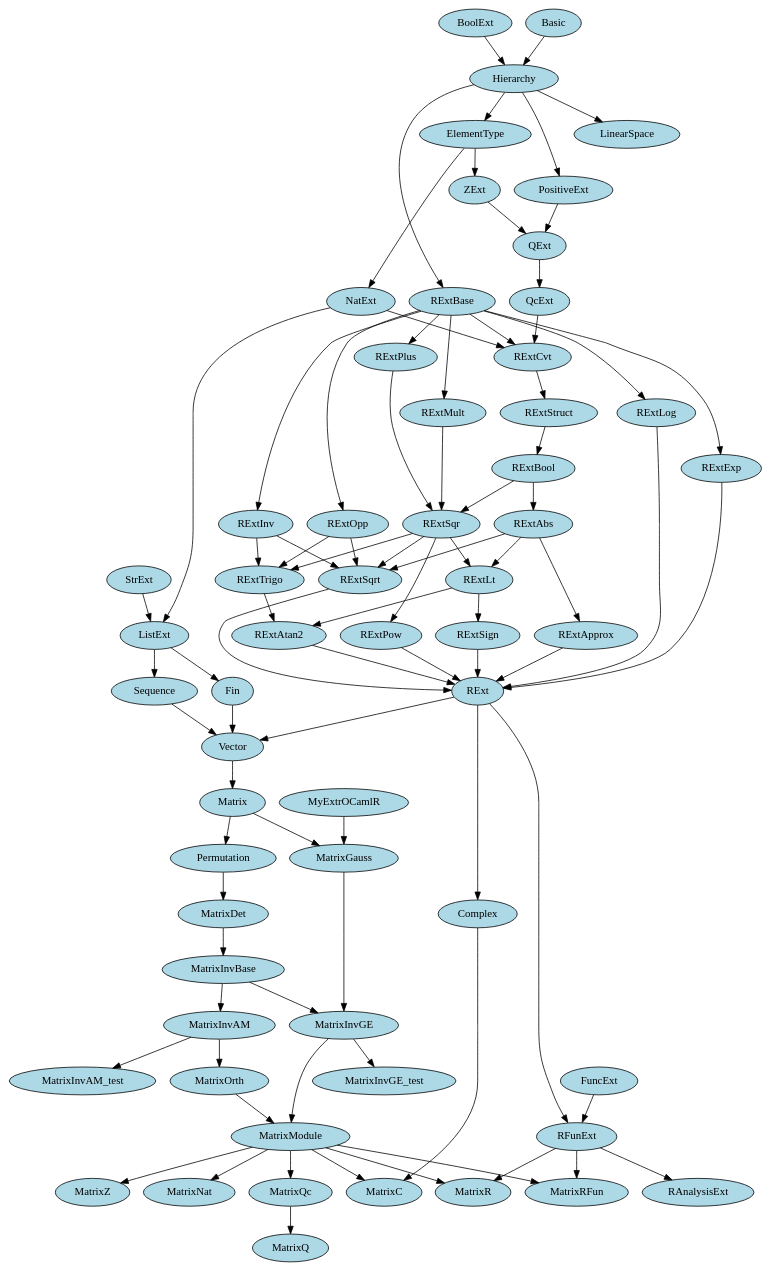
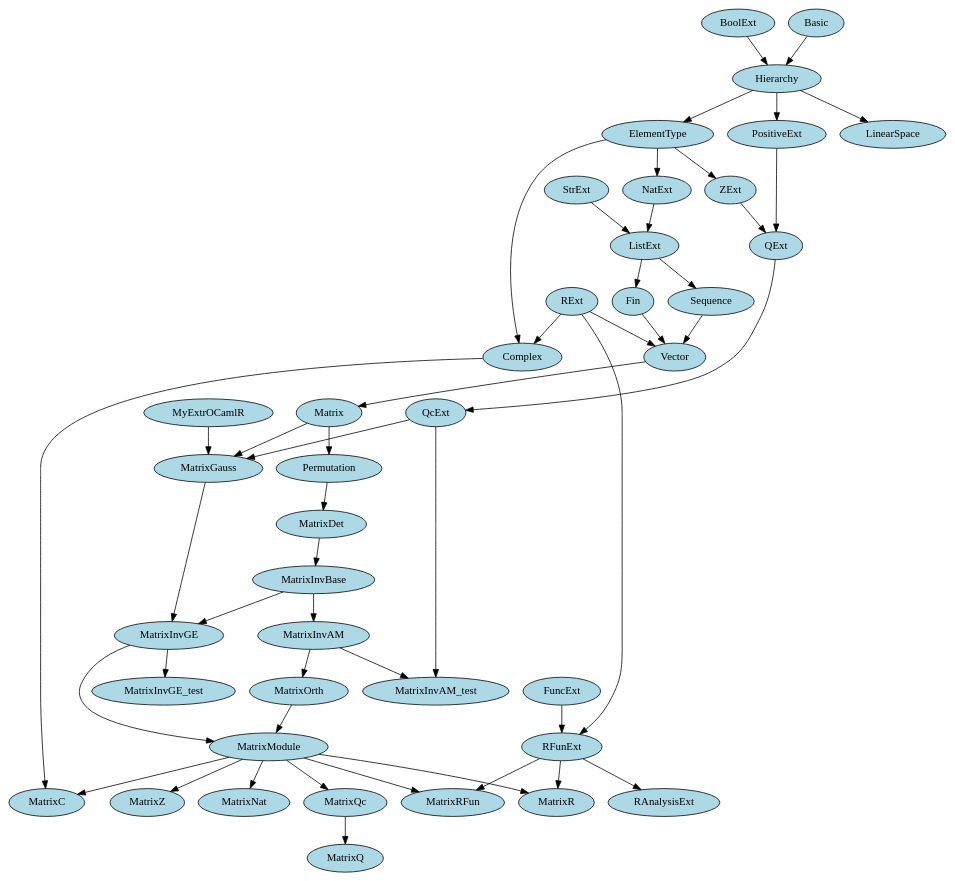
The diagram in projects/FinMatrix/v1.2/dep_graph.dot (zhengpushi/zhengpushi.github.io), drawn with Graphviz before and after one commit. The commit also changed 3 other files, not shown here.

```diff
--- a/projects/FinMatrix/v1.2/dep_graph.dot
+++ b/projects/FinMatrix/v1.2/dep_graph.dot
@@ -83,63 +83,6 @@
 "FinMatrix.CoqExt.RExt"[label="RExt"
 	, style=filled, fillcolor=lightblue 
 	, URL="FinMatrix.CoqExt.RExt.html"]
-"FinMatrix.CoqExt.RExt.RExtAtan2"[label="RExtAtan2"
-	, style=filled, fillcolor=lightblue 
-	, URL="FinMatrix.CoqExt.RExt.RExtAtan2.html"]
-"FinMatrix.CoqExt.RExt.RExtTrigo"[label="RExtTrigo"
-	, style=filled, fillcolor=lightblue 
-	, URL="FinMatrix.CoqExt.RExt.RExtTrigo.html"]
-"FinMatrix.CoqExt.RExt.RExtApprox"[label="RExtApprox"
-	, style=filled, fillcolor=lightblue 
-	, URL="FinMatrix.CoqExt.RExt.RExtApprox.html"]
-"FinMatrix.CoqExt.RExt.RExtLog"[label="RExtLog"
-	, style=filled, fillcolor=lightblue 
-	, URL="FinMatrix.CoqExt.RExt.RExtLog.html"]
-"FinMatrix.CoqExt.RExt.RExtExp"[label="RExtExp"
-	, style=filled, fillcolor=lightblue 
-	, URL="FinMatrix.CoqExt.RExt.RExtExp.html"]
-"FinMatrix.CoqExt.RExt.RExtSign"[label="RExtSign"
-	, style=filled, fillcolor=lightblue 
-	, URL="FinMatrix.CoqExt.RExt.RExtSign.html"]
-"FinMatrix.CoqExt.RExt.RExtAbs"[label="RExtAbs"
-	, style=filled, fillcolor=lightblue 
-	, URL="FinMatrix.CoqExt.RExt.RExtAbs.html"]
-"FinMatrix.CoqExt.RExt.RExtSqrt"[label="RExtSqrt"
-	, style=filled, fillcolor=lightblue 
-	, URL="FinMatrix.CoqExt.RExt.RExtSqrt.html"]
-"FinMatrix.CoqExt.RExt.RExtSqr"[label="RExtSqr"
-	, style=filled, fillcolor=lightblue 
-	, URL="FinMatrix.CoqExt.RExt.RExtSqr.html"]
-"FinMatrix.CoqExt.RExt.RExtInv"[label="RExtInv"
-	, style=filled, fillcolor=lightblue 
-	, URL="FinMatrix.CoqExt.RExt.RExtInv.html"]
-"FinMatrix.CoqExt.RExt.RExtPow"[label="RExtPow"
-	, style=filled, fillcolor=lightblue 
-	, URL="FinMatrix.CoqExt.RExt.RExtPow.html"]
-"FinMatrix.CoqExt.RExt.RExtMult"[label="RExtMult"
-	, style=filled, fillcolor=lightblue 
-	, URL="FinMatrix.CoqExt.RExt.RExtMult.html"]
-"FinMatrix.CoqExt.RExt.RExtOpp"[label="RExtOpp"
-	, style=filled, fillcolor=lightblue 
-	, URL="FinMatrix.CoqExt.RExt.RExtOpp.html"]
-"FinMatrix.CoqExt.RExt.RExtPlus"[label="RExtPlus"
-	, style=filled, fillcolor=lightblue 
-	, URL="FinMatrix.CoqExt.RExt.RExtPlus.html"]
-"FinMatrix.CoqExt.RExt.RExtLt"[label="RExtLt"
-	, style=filled, fillcolor=lightblue 
-	, URL="FinMatrix.CoqExt.RExt.RExtLt.html"]
-"FinMatrix.CoqExt.RExt.RExtBool"[label="RExtBool"
-	, style=filled, fillcolor=lightblue 
-	, URL="FinMatrix.CoqExt.RExt.RExtBool.html"]
-"FinMatrix.CoqExt.RExt.RExtStruct"[label="RExtStruct"
-	, style=filled, fillcolor=lightblue 
-	, URL="FinMatrix.CoqExt.RExt.RExtStruct.html"]
-"FinMatrix.CoqExt.RExt.RExtCvt"[label="RExtCvt"
-	, style=filled, fillcolor=lightblue 
-	, URL="FinMatrix.CoqExt.RExt.RExtCvt.html"]
-"FinMatrix.CoqExt.RExt.RExtBase"[label="RExtBase"
-	, style=filled, fillcolor=lightblue 
-	, URL="FinMatrix.CoqExt.RExt.RExtBase.html"]
 "FinMatrix.CoqExt.QcExt"[label="QcExt"
 	, style=filled, fillcolor=lightblue 
 	, URL="FinMatrix.CoqExt.QcExt.html"]
@@ -174,6 +117,7 @@
 	, style=filled, fillcolor=lightblue 
 	, URL="FinMatrix.CoqExt.Basic.html"]
 "FinMatrix.CoqExt.RExt" -> "FinMatrix.CoqExt.Complex"
+"FinMatrix.Matrix.ElementType" -> "FinMatrix.CoqExt.Complex"
 "FinMatrix.CoqExt.Basic" -> "FinMatrix.CoqExt.Hierarchy"
 "FinMatrix.CoqExt.BoolExt" -> "FinMatrix.CoqExt.Hierarchy"
 "FinMatrix.CoqExt.Hierarchy" -> "FinMatrix.CoqExt.LinearSpace"
@@ -185,43 +129,6 @@
 "FinMatrix.CoqExt.ZExt" -> "FinMatrix.CoqExt.QExt"
 "FinMatrix.CoqExt.QExt" -> "FinMatrix.CoqExt.QcExt"
 "FinMatrix.CoqExt.RFunExt" -> "FinMatrix.CoqExt.RAnalysisExt"
-"FinMatrix.CoqExt.RExt.RExtApprox" -> "FinMatrix.CoqExt.RExt"
-"FinMatrix.CoqExt.RExt.RExtAtan2" -> "FinMatrix.CoqExt.RExt"
-"FinMatrix.CoqExt.RExt.RExtExp" -> "FinMatrix.CoqExt.RExt"
-"FinMatrix.CoqExt.RExt.RExtLog" -> "FinMatrix.CoqExt.RExt"
-"FinMatrix.CoqExt.RExt.RExtPow" -> "FinMatrix.CoqExt.RExt"
-"FinMatrix.CoqExt.RExt.RExtSign" -> "FinMatrix.CoqExt.RExt"
-"FinMatrix.CoqExt.RExt.RExtSqrt" -> "FinMatrix.CoqExt.RExt"
-"FinMatrix.CoqExt.RExt.RExtBool" -> "FinMatrix.CoqExt.RExt.RExtAbs"
-"FinMatrix.CoqExt.RExt.RExtAbs" -> "FinMatrix.CoqExt.RExt.RExtApprox"
-"FinMatrix.CoqExt.RExt.RExtLt" -> "FinMatrix.CoqExt.RExt.RExtAtan2"
-"FinMatrix.CoqExt.RExt.RExtTrigo" -> "FinMatrix.CoqExt.RExt.RExtAtan2"
-"FinMatrix.CoqExt.Hierarchy" -> "FinMatrix.CoqExt.RExt.RExtBase"
-"FinMatrix.CoqExt.RExt.RExtStruct" -> "FinMatrix.CoqExt.RExt.RExtBool"
-"FinMatrix.CoqExt.NatExt" -> "FinMatrix.CoqExt.RExt.RExtCvt"
-"FinMatrix.CoqExt.QcExt" -> "FinMatrix.CoqExt.RExt.RExtCvt"
-"FinMatrix.CoqExt.RExt.RExtBase" -> "FinMatrix.CoqExt.RExt.RExtCvt"
-"FinMatrix.CoqExt.RExt.RExtBase" -> "FinMatrix.CoqExt.RExt.RExtExp"
-"FinMatrix.CoqExt.RExt.RExtBase" -> "FinMatrix.CoqExt.RExt.RExtInv"
-"FinMatrix.CoqExt.RExt.RExtBase" -> "FinMatrix.CoqExt.RExt.RExtLog"
-"FinMatrix.CoqExt.RExt.RExtAbs" -> "FinMatrix.CoqExt.RExt.RExtLt"
-"FinMatrix.CoqExt.RExt.RExtSqr" -> "FinMatrix.CoqExt.RExt.RExtLt"
-"FinMatrix.CoqExt.RExt.RExtBase" -> "FinMatrix.CoqExt.RExt.RExtMult"
-"FinMatrix.CoqExt.RExt.RExtBase" -> "FinMatrix.CoqExt.RExt.RExtOpp"
-"FinMatrix.CoqExt.RExt.RExtBase" -> "FinMatrix.CoqExt.RExt.RExtPlus"
-"FinMatrix.CoqExt.RExt.RExtSqr" -> "FinMatrix.CoqExt.RExt.RExtPow"
-"FinMatrix.CoqExt.RExt.RExtLt" -> "FinMatrix.CoqExt.RExt.RExtSign"
-"FinMatrix.CoqExt.RExt.RExtBool" -> "FinMatrix.CoqExt.RExt.RExtSqr"
-"FinMatrix.CoqExt.RExt.RExtMult" -> "FinMatrix.CoqExt.RExt.RExtSqr"
-"FinMatrix.CoqExt.RExt.RExtPlus" -> "FinMatrix.CoqExt.RExt.RExtSqr"
-"FinMatrix.CoqExt.RExt.RExtAbs" -> "FinMatrix.CoqExt.RExt.RExtSqrt"
-"FinMatrix.CoqExt.RExt.RExtInv" -> "FinMatrix.CoqExt.RExt.RExtSqrt"
-"FinMatrix.CoqExt.RExt.RExtOpp" -> "FinMatrix.CoqExt.RExt.RExtSqrt"
-"FinMatrix.CoqExt.RExt.RExtSqr" -> "FinMatrix.CoqExt.RExt.RExtSqrt"
-"FinMatrix.CoqExt.RExt.RExtCvt" -> "FinMatrix.CoqExt.RExt.RExtStruct"
-"FinMatrix.CoqExt.RExt.RExtInv" -> "FinMatrix.CoqExt.RExt.RExtTrigo"
-"FinMatrix.CoqExt.RExt.RExtOpp" -> "FinMatrix.CoqExt.RExt.RExtTrigo"
-"FinMatrix.CoqExt.RExt.RExtSqr" -> "FinMatrix.CoqExt.RExt.RExtTrigo"
 "FinMatrix.CoqExt.FuncExt" -> "FinMatrix.CoqExt.RFunExt"
 "FinMatrix.CoqExt.RExt" -> "FinMatrix.CoqExt.RFunExt"
 "FinMatrix.Matrix.ElementType" -> "FinMatrix.CoqExt.ZExt"
@@ -232,8 +139,10 @@
 "FinMatrix.Matrix.MatrixModule" -> "FinMatrix.Matrix.MatrixC"
 "FinMatrix.Matrix.Permutation" -> "FinMatrix.Matrix.MatrixDet"
 "FinMatrix.CoqExt.MyExtrOCamlR" -> "FinMatrix.Matrix.MatrixGauss"
+"FinMatrix.CoqExt.QcExt" -> "FinMatrix.Matrix.MatrixGauss"
 "FinMatrix.Matrix.Matrix" -> "FinMatrix.Matrix.MatrixGauss"
 "FinMatrix.Matrix.MatrixInvBase" -> "FinMatrix.Matrix.MatrixInvAM"
+"FinMatrix.CoqExt.QcExt" -> "FinMatrix.Matrix.MatrixInvAM_test"
 "FinMatrix.Matrix.MatrixInvAM" -> "FinMatrix.Matrix.MatrixInvAM_test"
 "FinMatrix.Matrix.MatrixDet" -> "FinMatrix.Matrix.MatrixInvBase"
 "FinMatrix.Matrix.MatrixGauss" -> "FinMatrix.Matrix.MatrixInvGE"
```
